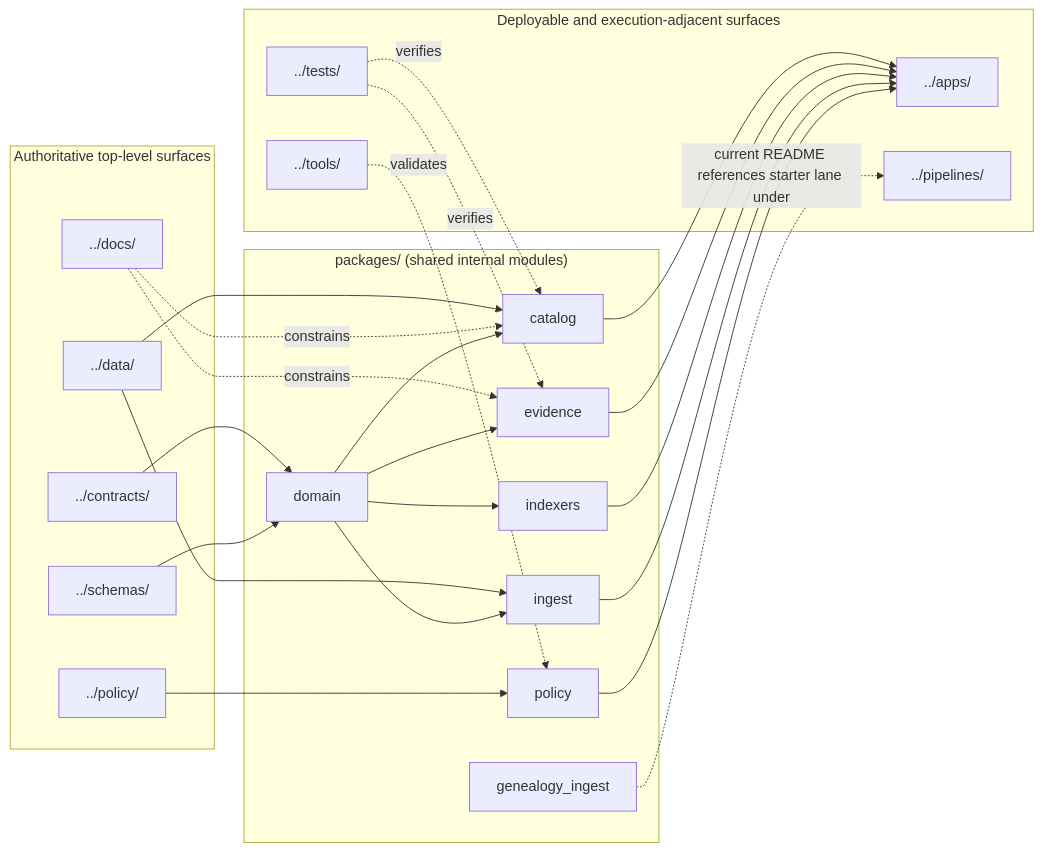
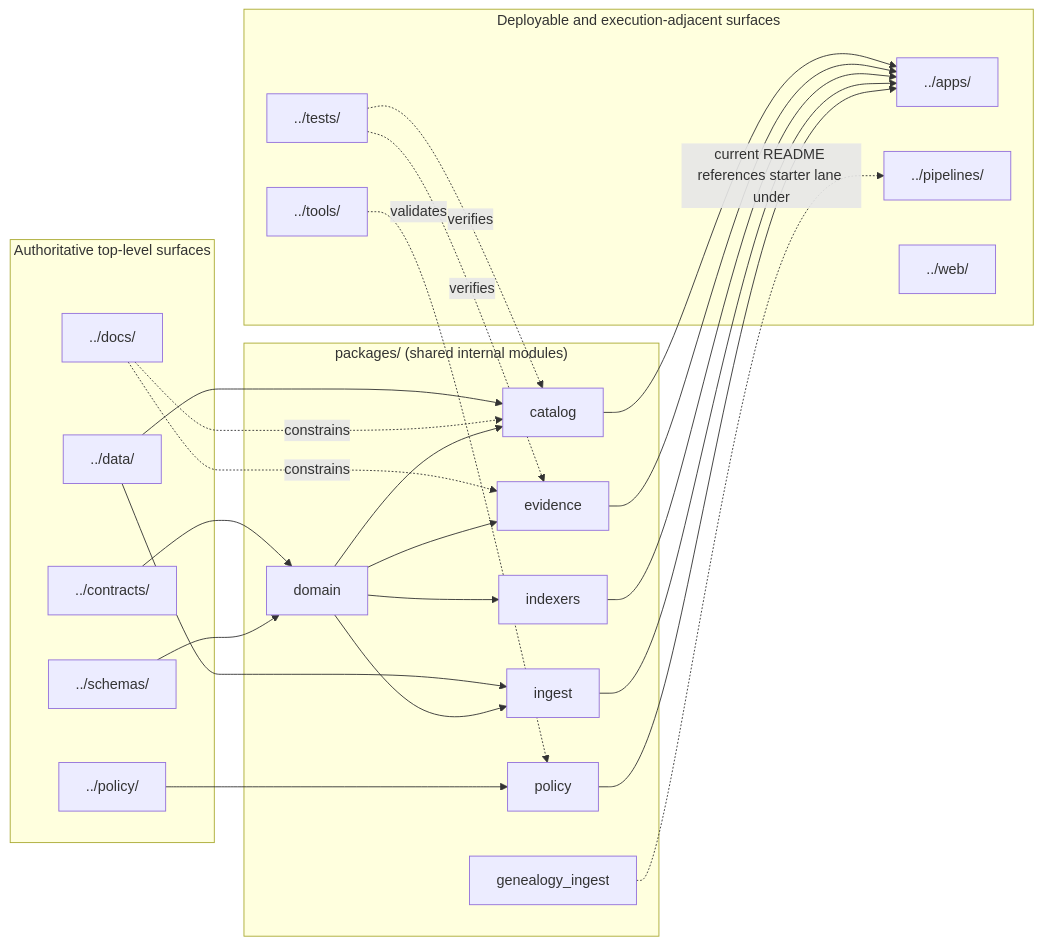
The diagram in packages/README.md (bartytime4life/Kansas-Frontier-Matrix), drawn with Mermaid before and after one commit. The commit also changed other lines of this file, not shown here.

````diff
--- a/packages/README.md
+++ b/packages/README.md
@@ -318,52 +322,53 @@
 ```mermaid
 flowchart LR
     subgraph Canonical["Authoritative top-level surfaces"]
         C1["../contracts/"]
         C2["../schemas/"]
         C3["../policy/"]
         C4["../data/"]
         C5["../docs/"]
     end
 
     subgraph Packages["packages/ (shared internal modules)"]
         P1["catalog"]
         P2["domain"]
         P3["evidence"]
         P4["genealogy_ingest"]
         P5["indexers"]
         P6["ingest"]
         P7["policy"]
     end
 
     subgraph Execution["Deployable and execution-adjacent surfaces"]
         A1["../apps/"]
         A2["../pipelines/"]
         A3["../tests/"]
         A4["../tools/"]
+        A5["../web/"]
     end
 
     C1 --> P2
     C2 --> P2
     C3 --> P7
     C4 --> P1
     C4 --> P6
     C5 -. constrains .-> P1
     C5 -. constrains .-> P3
 
     P2 --> P1
     P2 --> P3
     P2 --> P5
     P2 --> P6
 
     P1 --> A1
     P3 --> A1
     P5 --> A1
     P6 --> A1
     P7 --> A1
 
     P4 -. current README references starter lane under .-> A2
 
     A3 -. verifies .-> P1
     A3 -. verifies .-> P3
     A4 -. validates .-> P7
 ```
````
